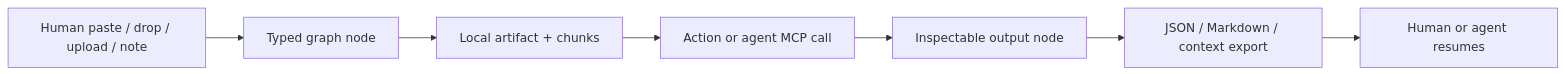
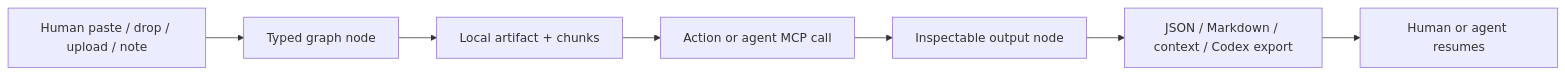
One commit to frankxai/starlight-agent-canvas changed the diagram in docs/operator-loop.md. Above: the diagram before and after it, drawn with Mermaid. The commit also changed other lines of this file and 27 other files, not shown here.

Commit message:
feat: add codex handoff export

````diff
--- a/docs/operator-loop.md
+++ b/docs/operator-loop.md
@@ -9,9 +9,9 @@
 ```mermaid
 flowchart LR
   human["Human paste / drop / upload / note"] --> node["Typed graph node"]
   node --> artifact["Local artifact + chunks"]
   artifact --> action["Action or agent MCP call"]
   action --> output["Inspectable output node"]
-  output --> handoff["JSON / Markdown / context export"]
+  output --> handoff["JSON / Markdown / context / Codex export"]
   handoff --> resume["Human or agent resumes"]
 ```
````
